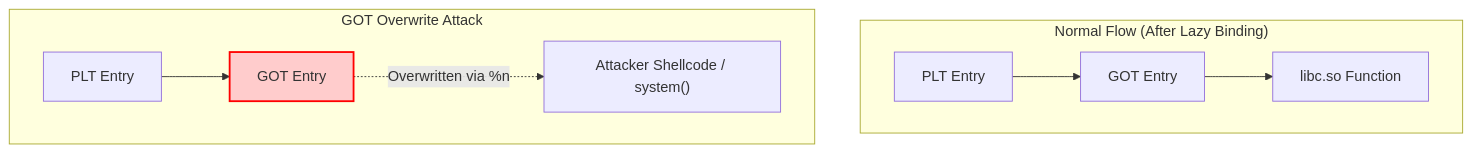
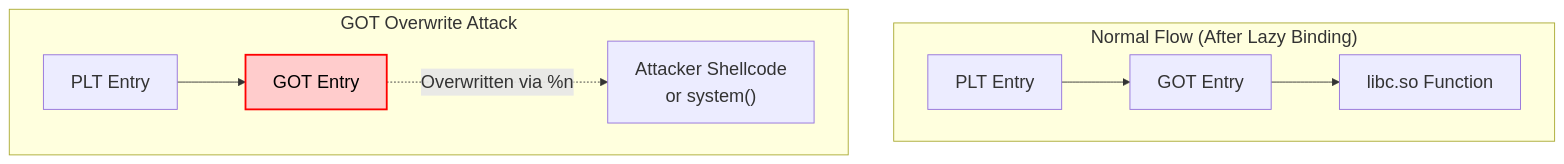
One commit to hiraditya/hiraditya.github.io changed the first of 2 diagrams in _posts/2026-06-12-hardening-the-elf-understanding-relro.md. Above: the diagram before and after it, drawn with Mermaid. The commit also changed other lines of this file and 1 other file, not shown here.

Commit message:
add diagrams

````diff
--- a/_posts/2026-06-12-hardening-the-elf-understanding-relro.md
+++ b/_posts/2026-06-12-hardening-the-elf-understanding-relro.md
@@ -51,13 +51,16 @@
 ```mermaid
+%%{init: {'themeVariables': { 'fontSize': '20px' }}}%%
 graph TD
     subgraph Normal_Flow ["Normal Flow (After Lazy Binding)"]
+        direction LR
         PLT["PLT Entry"] --> GOT["GOT Entry"]
         GOT --> LIBC["libc.so Function"]
     end
 
     subgraph GOT_Overwrite_Attack ["GOT Overwrite Attack"]
+        direction LR
         PLT_ATT["PLT Entry"] --> GOT_ATT["GOT Entry"]
-        GOT_ATT -.->|"Overwritten via %n"| SHELLCODE["Attacker Shellcode / system()"]
-        style GOT_ATT fill:#ffcccc,stroke:#ff0000,stroke-width:2px
+        GOT_ATT -.->|"Overwritten via %n"| SHELLCODE["Attacker Shellcode<br>or system()"]
+        style GOT_ATT fill:#ffcccc,stroke:#ff0000,stroke-width:2px,color:#000
     end
 ```
````
